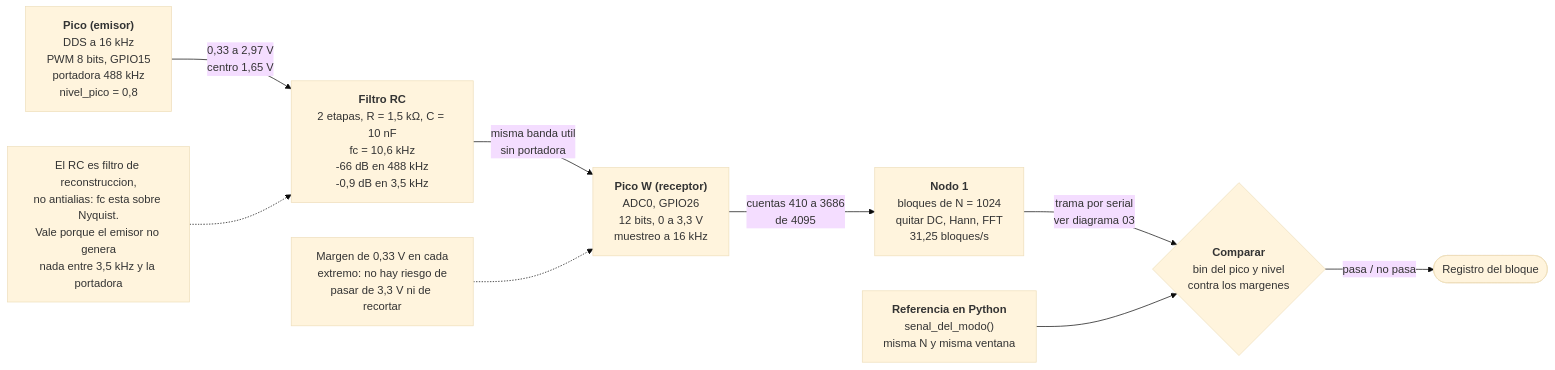
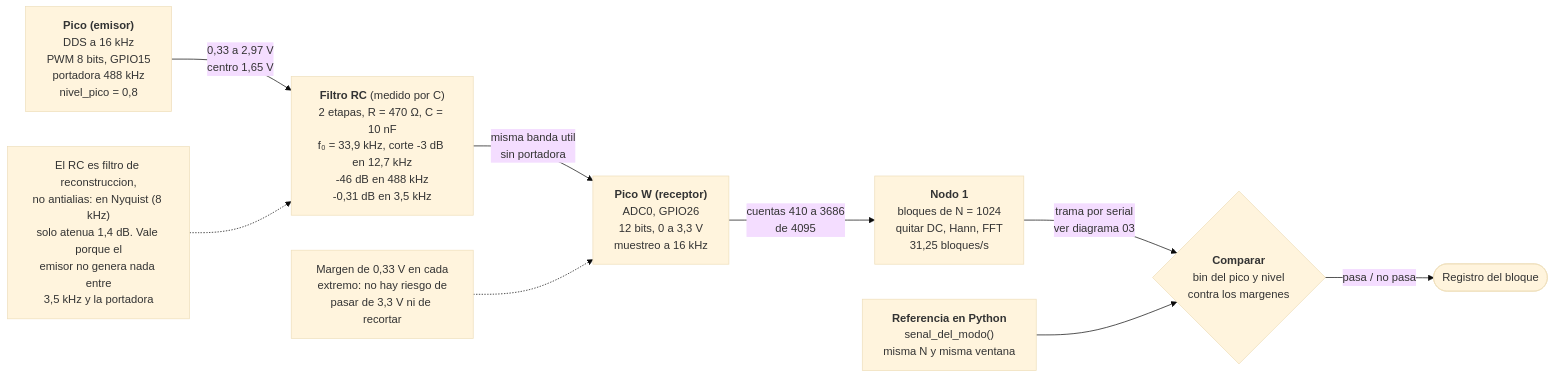
Before and after one commit to Kearranza/Proyecto-Grupal-1-ASM: the diagram in taller_semana12/d_validacion/diagramas/01_cadena_senal.mmd, drawn with Mermaid (base theme). The commit also changed 8 other files, not shown here.

```diff
--- a/taller_semana12/d_validacion/diagramas/01_cadena_senal.mmd
+++ b/taller_semana12/d_validacion/diagramas/01_cadena_senal.mmd
@@ -1,21 +1,21 @@
 %% Bloque D - Cadena de senal del emisor al nodo 1, con niveles reales.
-%% fc del RC: propuesta de D (R = 1,5 kohm, C = 10 nF por etapa). C la confirma al medir.
+%% Valores del RC: los que monto y midio el bloque C (R = 470 ohm, C = 10 nF por etapa).
 flowchart LR
     A["<b>Pico (emisor)</b><br/>DDS a 16 kHz<br/>PWM 8 bits, GPIO15<br/>portadora 488 kHz<br/>nivel_pico = 0,8"]
-    B["<b>Filtro RC</b><br/>2 etapas, R = 1,5 kΩ, C = 10 nF<br/>fc = 10,6 kHz<br/>-66 dB en 488 kHz<br/>-0,9 dB en 3,5 kHz"]
+    B["<b>Filtro RC</b> (medido por C)<br/>2 etapas, R = 470 Ω, C = 10 nF<br/>f₀ = 33,9 kHz, corte -3 dB en 12,7 kHz<br/>-46 dB en 488 kHz<br/>-0,31 dB en 3,5 kHz"]
     C["<b>Pico W (receptor)</b><br/>ADC0, GPIO26<br/>12 bits, 0 a 3,3 V<br/>muestreo a 16 kHz"]
     D["<b>Nodo 1</b><br/>bloques de N = 1024<br/>quitar DC, Hann, FFT<br/>31,25 bloques/s"]
     R["<b>Referencia en Python</b><br/>senal_del_modo()<br/>misma N y misma ventana"]
     V{"<b>Comparar</b><br/>bin del pico y nivel<br/>contra los margenes"}
 
     A -->|"0,33 a 2,97 V<br/>centro 1,65 V"| B
     B -->|"misma banda util<br/>sin portadora"| C
     C -->|"cuentas 410 a 3686<br/>de 4095"| D
     D -->|"trama por serial<br/>ver diagrama 03"| V
     R --> V
     V -->|"pasa / no pasa"| S(["Registro del bloque"])
 
     N1["Margen de 0,33 V en cada<br/>extremo: no hay riesgo de<br/>pasar de 3,3 V ni de recortar"]
     N1 -.-> C
-    N2["El RC es filtro de reconstruccion,<br/>no antialias: fc esta sobre Nyquist.<br/>Vale porque el emisor no genera<br/>nada entre 3,5 kHz y la portadora"]
+    N2["El RC es filtro de reconstruccion,<br/>no antialias: en Nyquist (8 kHz)<br/>solo atenua 1,4 dB. Vale porque el<br/>emisor no genera nada entre<br/>3,5 kHz y la portadora"]
     N2 -.-> B
```
